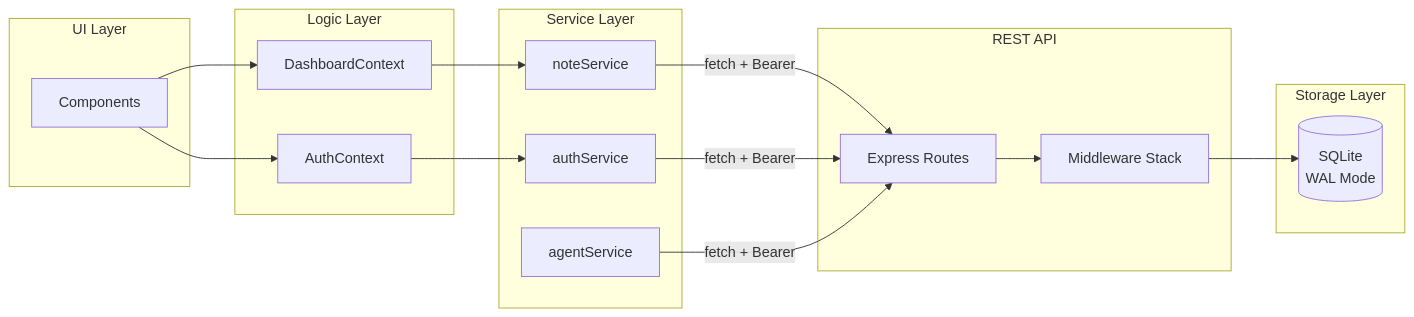
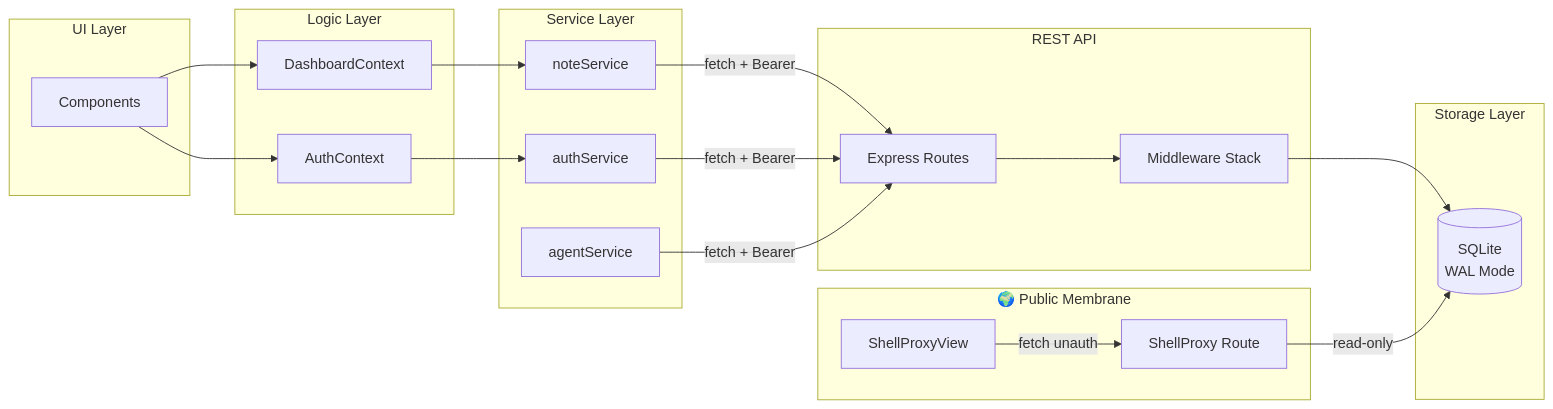
One commit to ClawStackStudios/PinchPad changed the first of 2 diagrams in ARCHITECTURE.md. Above: the diagram before and after it, drawn with Mermaid. The commit also changed other lines of this file and 22 other files, not shown here.

Commit message:
feat: implement ShellProxy feature for secure, hash-based public sharing of notes and artifacts.

````diff
--- a/ARCHITECTURE.md
+++ b/ARCHITECTURE.md
@@ -131,36 +137,44 @@
 ```mermaid
 graph LR
     subgraph UI ["UI Layer"]
         A[Components]
     end
 
     subgraph Logic ["Logic Layer"]
         B[DashboardContext]
         C[AuthContext]
     end
 
     subgraph Services ["Service Layer"]
         E[authService]
         F[noteService]
         G[agentService]
     end
 
     subgraph API ["REST API"]
         H[Express Routes]
         I[Middleware Stack]
     end
 
     subgraph Storage ["Storage Layer"]
         J[(SQLite<br/>WAL Mode)]
     end
 
+    subgraph Public ["🌍 Public Membrane"]
+        K[ShellProxy Route]
+        L[ShellProxyView]
+    end
+
     A --> B
     A --> C
     B --> F
     C --> E
     F -->|fetch + Bearer| H
     E -->|fetch + Bearer| H
     G -->|fetch + Bearer| H
     H --> I
     I --> J
+    
+    K -->|read-only| J
+    L -->|fetch unauth| K
 ```
````
